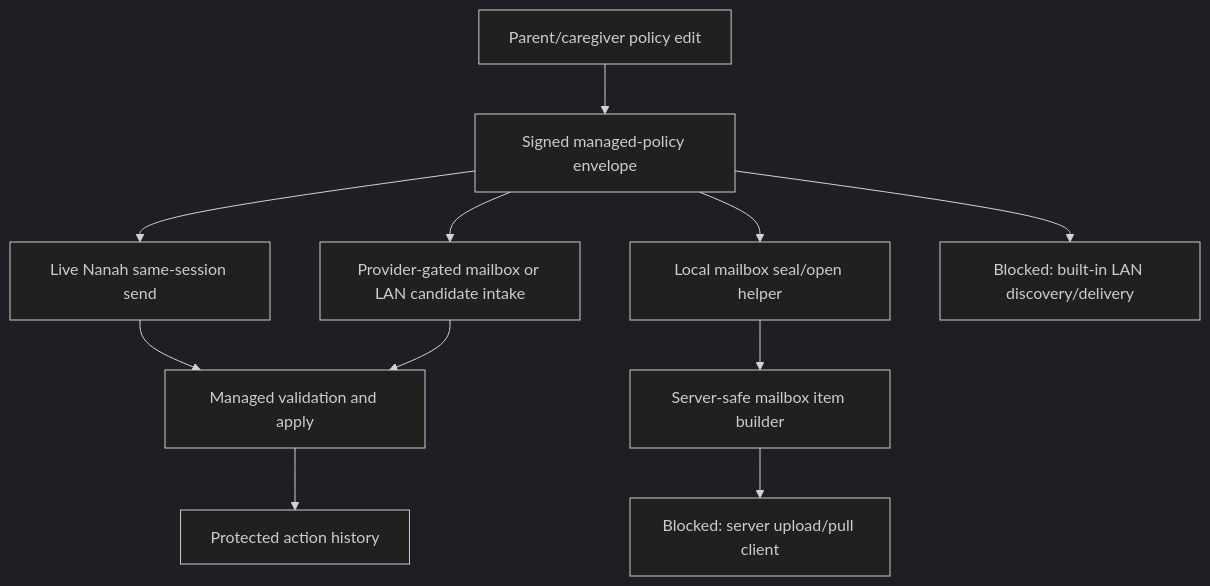
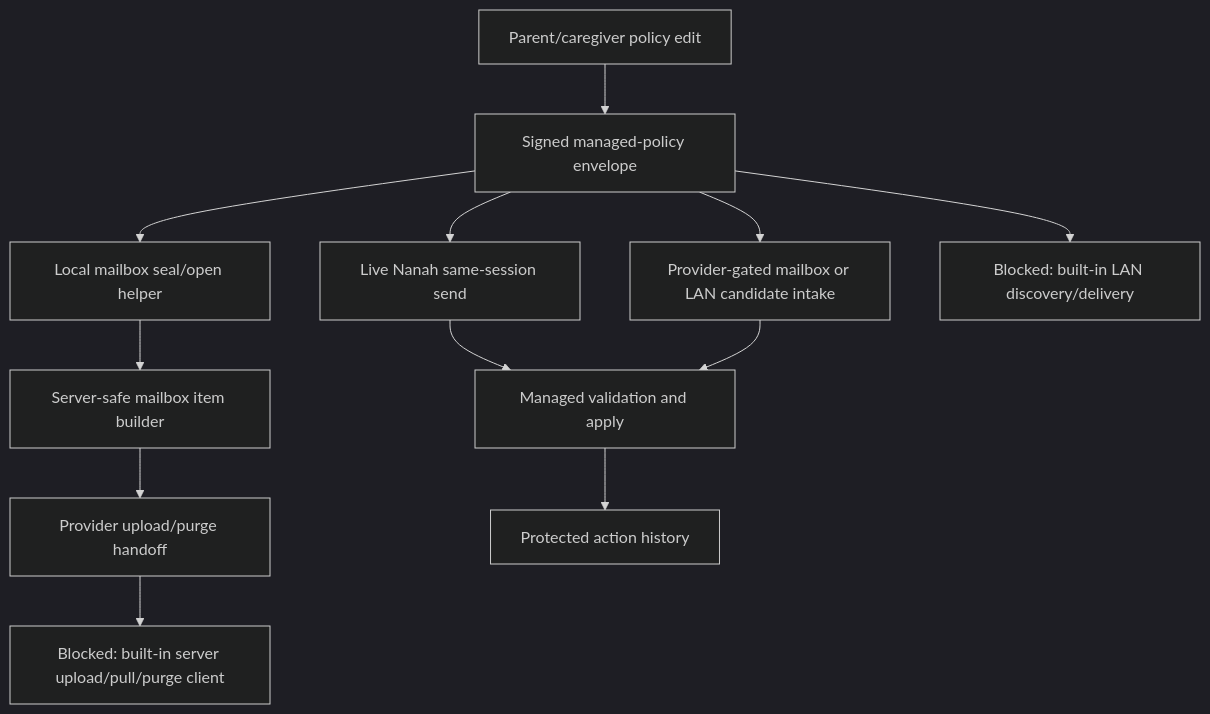
One commit to varshneydevansh/FilterTube changed the diagram in docs/audit/FILTERTUBE_NANAH_MANAGED_POLICY_REMOTE_DELIVERY_RELEASE_READINESS_GATE_2026-06-05.md. Above: the diagram before and after it, drawn with Mermaid (dark theme). The commit also changed other lines of this file and 50 other files, not shown here.

Commit message:
feat: add managed mailbox purge handoff

````diff
--- a/docs/audit/FILTERTUBE_NANAH_MANAGED_POLICY_REMOTE_DELIVERY_RELEASE_READINESS_GATE_2026-06-05.md
+++ b/docs/audit/FILTERTUBE_NANAH_MANAGED_POLICY_REMOTE_DELIVERY_RELEASE_READINESS_GATE_2026-06-05.md
@@ -48,13 +50,14 @@
 ```mermaid
 flowchart TD
   A["Parent/caregiver policy edit"] --> B["Signed managed-policy envelope"]
   B --> C["Live Nanah same-session send"]
   B --> D["Local mailbox seal/open helper"]
   D --> K["Server-safe mailbox item builder"]
-  K --> I["Blocked: server upload/pull client"]
+  K --> L["Provider upload/purge handoff"]
+  L --> I["Blocked: built-in server upload/pull/purge client"]
   B --> J["Provider-gated mailbox or LAN candidate intake"]
   C --> E["Managed validation and apply"]
   J --> E
   E --> F["Protected action history"]
   B --> G["Blocked: built-in LAN discovery/delivery"]
 ```
````
